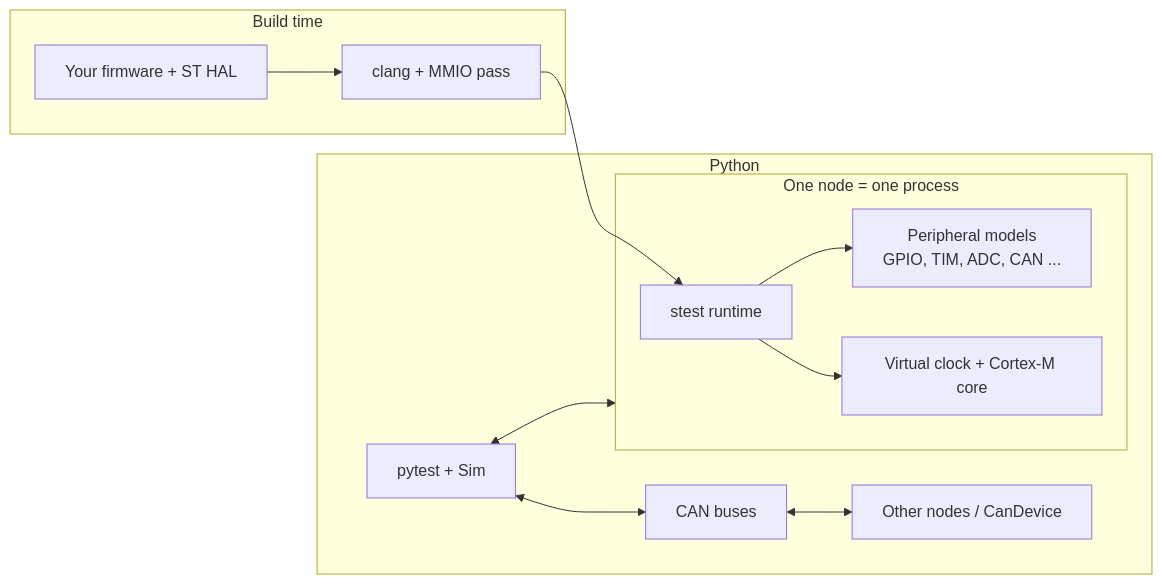
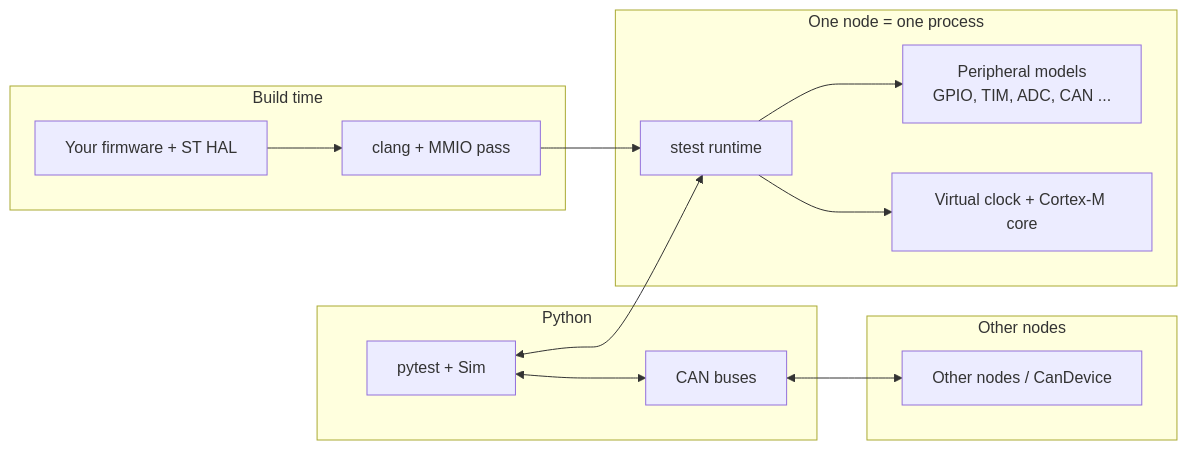
The diagram in docs/index.md (Nexite/stest), drawn with Mermaid before and after one commit. The commit also changed 1 other file, not shown here.

Commit message:
fix(docs): mermaid diagram structure, workflow permissions and concurrency
Declare each mermaid node once inside its own subgraph with all
cross-subgraph edges outside, so membership renders correctly. Restrict the
docs workflow token to contents: read and serialize Pages deploys.

````diff
--- a/docs/index.md
+++ b/docs/index.md
@@ -18,16 +18,26 @@
 ```mermaid
 flowchart LR
-  subgraph build [Build time]
-    F[Your firmware + ST HAL] --> P[clang + MMIO pass]
+  subgraph buildtime [Build time]
+    FW[Your firmware + ST HAL]
+    PASS[clang + MMIO pass]
   end
-  subgraph node [One node = one process]
-    P --> R[stest runtime]
-    R --> M[Peripheral models<br/>GPIO, TIM, ADC, CAN ...]
-    R --> C[Virtual clock + Cortex-M core]
+  subgraph nodeproc [One node = one process]
+    RT[stest runtime]
+    MODELS[Peripheral models<br/>GPIO, TIM, ADC, CAN ...]
+    CORE[Virtual clock + Cortex-M core]
   end
-  subgraph py [Python]
-    S[pytest + Sim] <--> node
-    S <--> B[CAN buses]
-    B <--> node2[Other nodes / CanDevice]
+  subgraph pyside [Python]
+    SIM[pytest + Sim]
+    BUS[CAN buses]
   end
+  subgraph others [Other nodes]
+    PEERS[Other nodes / CanDevice]
+  end
+  FW --> PASS
+  PASS --> RT
+  RT --> MODELS
+  RT --> CORE
+  SIM <--> RT
+  SIM <--> BUS
+  BUS <--> PEERS
 ```
````
